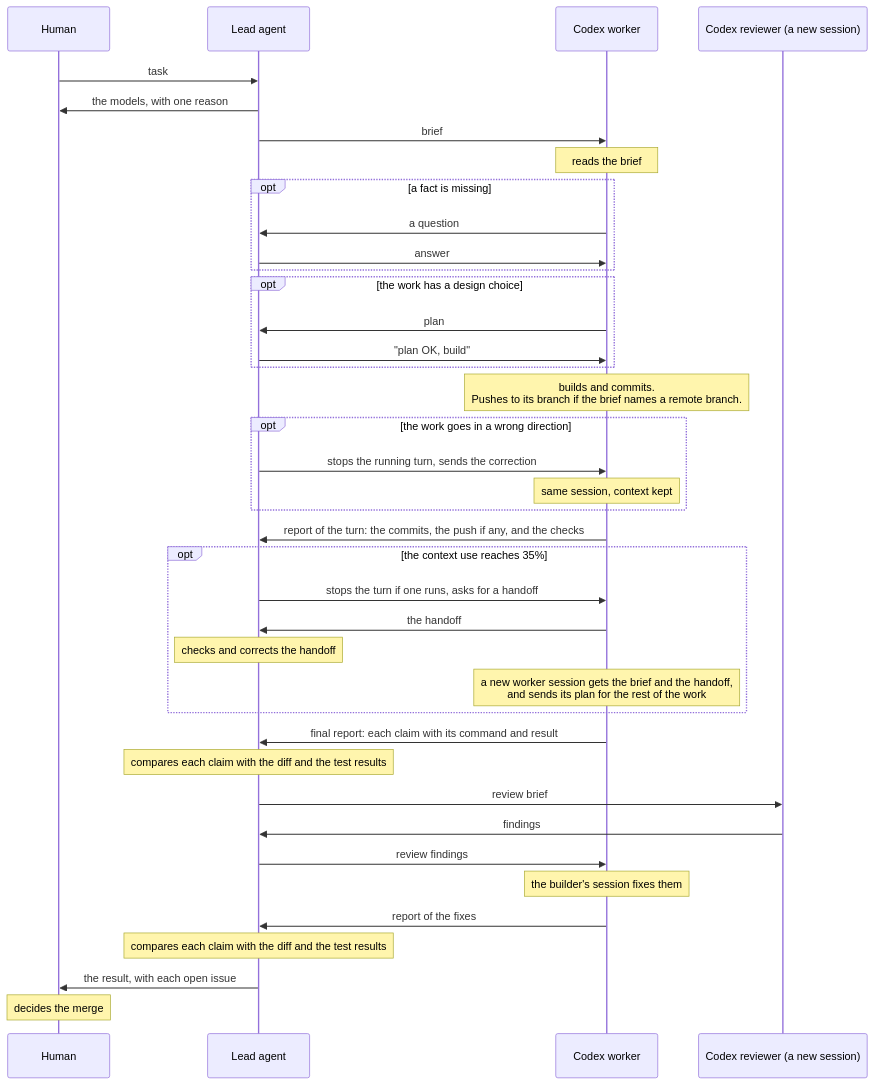
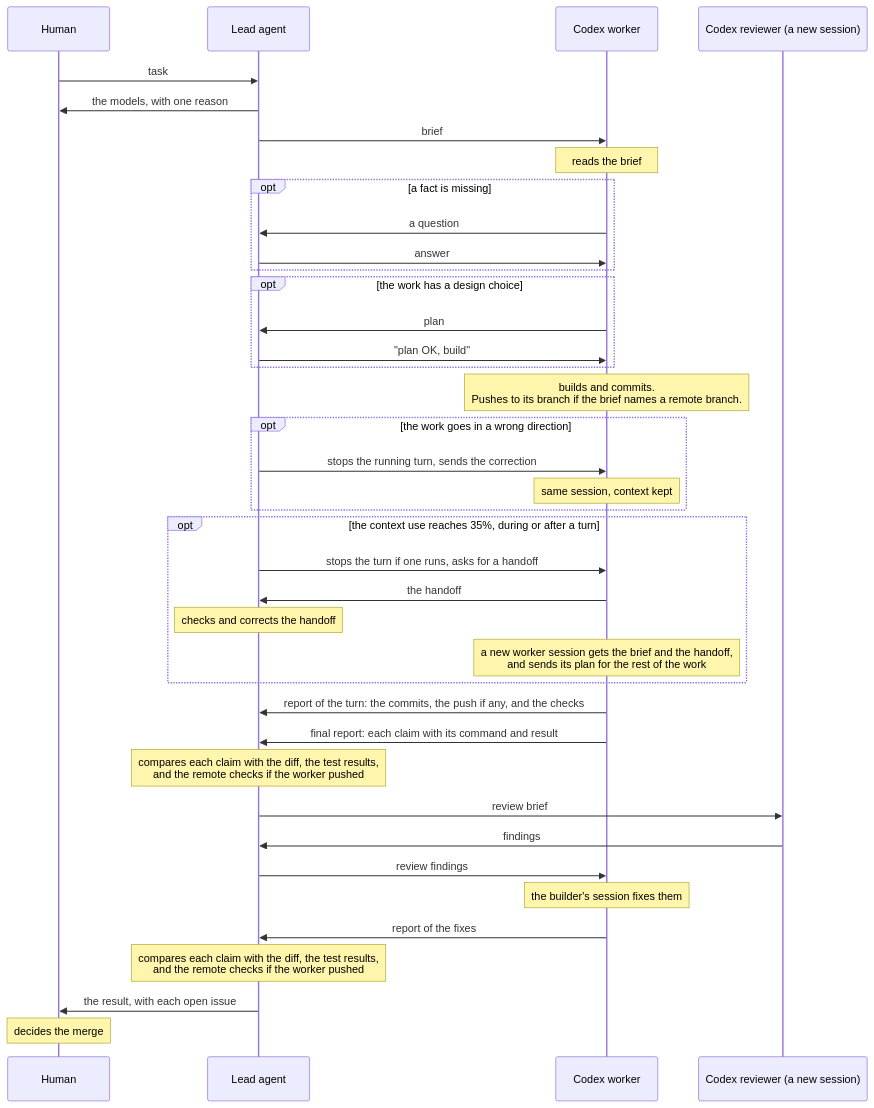
One commit to binhle312/cty1ng changed the second of 2 diagrams in .agents/skills/codex-workers/GUIDE.md. Above: the diagram before and after it, drawn with Mermaid. The commit also changed other lines of this file, not shown here.

Commit message:
Fix the fix-check points TF-1 and TF-2 in the codex-workers guide
TF-1: the lead agent's check of a report also reads the remote checks if
the worker pushed. TF-2: the 35% handoff can come during a turn, before
its report.

````diff
--- a/.agents/skills/codex-workers/GUIDE.md
+++ b/.agents/skills/codex-workers/GUIDE.md
@@ -42,42 +42,42 @@
 ```mermaid
 sequenceDiagram
   participant H as Human
   participant L as Lead agent
   participant W as Codex worker
   participant R as Codex reviewer (a new session)
 
   H->>L: task
   L->>H: the models, with one reason
   L->>W: brief
   Note over W: reads the brief
   opt a fact is missing
     W->>L: a question
     L->>W: answer
   end
   opt the work has a design choice
     W->>L: plan
     L->>W: "plan OK, build"
   end
   Note over W: builds and commits.<br/>Pushes to its branch if the brief names a remote branch.
   opt the work goes in a wrong direction
     L->>W: stops the running turn, sends the correction
     Note over W: same session, context kept
   end
-  W->>L: report of the turn: the commits, the push if any, and the checks
-  opt the context use reaches 35%
+  opt the context use reaches 35%, during or after a turn
     L->>W: stops the turn if one runs, asks for a handoff
     W->>L: the handoff
     Note over L: checks and corrects the handoff
     Note over W: a new worker session gets the brief and the handoff,<br/>and sends its plan for the rest of the work
   end
+  W->>L: report of the turn: the commits, the push if any, and the checks
   W->>L: final report: each claim with its command and result
-  Note over L: compares each claim with the diff and the test results
+  Note over L: compares each claim with the diff, the test results,<br/>and the remote checks if the worker pushed
   L->>R: review brief
   R->>L: findings
   L->>W: review findings
   Note over W: the builder's session fixes them
   W->>L: report of the fixes
-  Note over L: compares each claim with the diff and the test results
+  Note over L: compares each claim with the diff, the test results,<br/>and the remote checks if the worker pushed
   L->>H: the result, with each open issue
   Note over H: decides the merge
 ```
````
